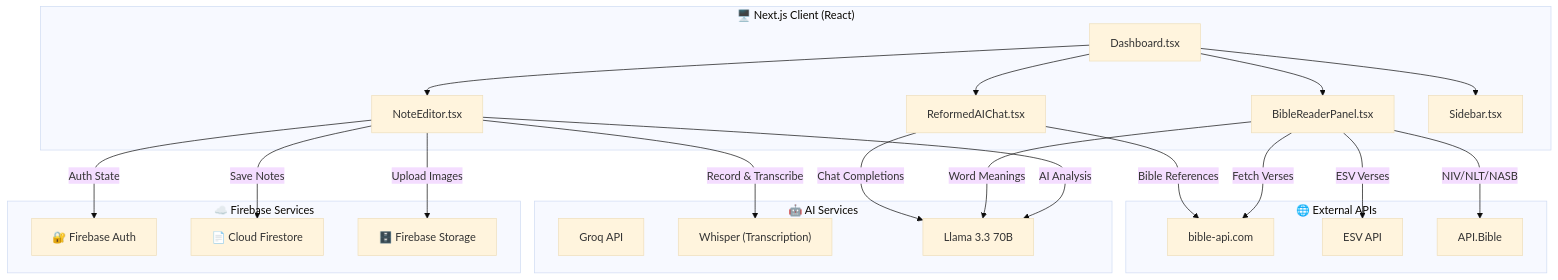
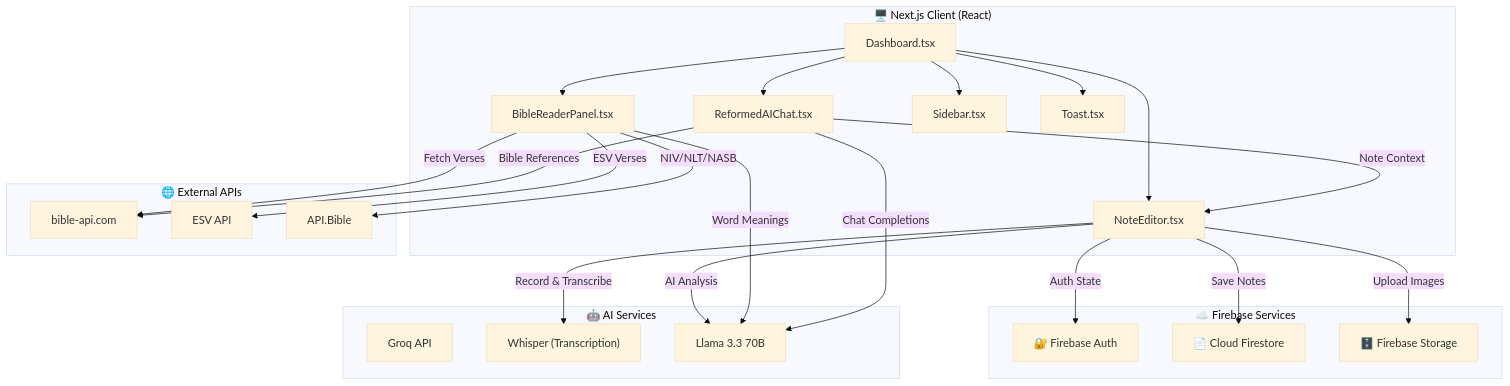
Before and after one commit to nickigann03/word-flow-app: the first of 7 diagrams in TECHNICAL.md, drawn with Mermaid (base theme). The commit also changed other lines of this file and 6 other files, not shown here.

````diff
--- a/TECHNICAL.md
+++ b/TECHNICAL.md
@@ -11,47 +11,50 @@
 ```mermaid
 flowchart TB
     subgraph Client["🖥️ Next.js Client (React)"]
         Dashboard["Dashboard.tsx"]
         NoteEditor["NoteEditor.tsx"]
         BibleReader["BibleReaderPanel.tsx"]
         AIChat["ReformedAIChat.tsx"]
         Sidebar["Sidebar.tsx"]
+        Toast["Toast.tsx"]
     end
 
     subgraph Firebase["☁️ Firebase Services"]
         Auth["🔐 Firebase Auth"]
         Firestore["📄 Cloud Firestore"]
         Storage["🗄️ Firebase Storage"]
     end
 
     subgraph AI["🤖 AI Services"]
         Groq["Groq API"]
         Whisper["Whisper (Transcription)"]
         Llama["Llama 3.3 70B"]
     end
 
     subgraph External["🌐 External APIs"]
         BibleAPI["bible-api.com"]
         ESVAPI["ESV API"]
         APIBible["API.Bible"]
     end
 
     Dashboard --> NoteEditor
     Dashboard --> BibleReader
     Dashboard --> AIChat
     Dashboard --> Sidebar
+    Dashboard --> Toast
 
     NoteEditor -->|"Auth State"| Auth
     NoteEditor -->|"Save Notes"| Firestore
     NoteEditor -->|"Upload Images"| Storage
     NoteEditor -->|"Record & Transcribe"| Whisper
     NoteEditor -->|"AI Analysis"| Llama
 
     BibleReader -->|"Fetch Verses"| BibleAPI
     BibleReader -->|"ESV Verses"| ESVAPI
     BibleReader -->|"NIV/NLT/NASB"| APIBible
     BibleReader -->|"Word Meanings"| Llama
 
     AIChat -->|"Chat Completions"| Llama
+    AIChat -->|"Note Context"| NoteEditor
     AIChat -->|"Bible References"| BibleAPI
 ```
````
